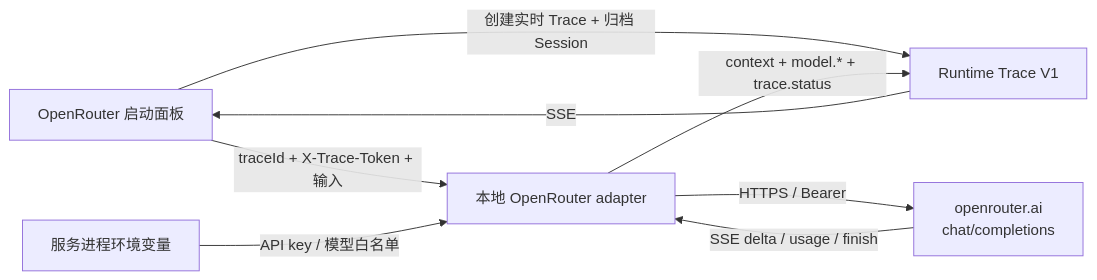
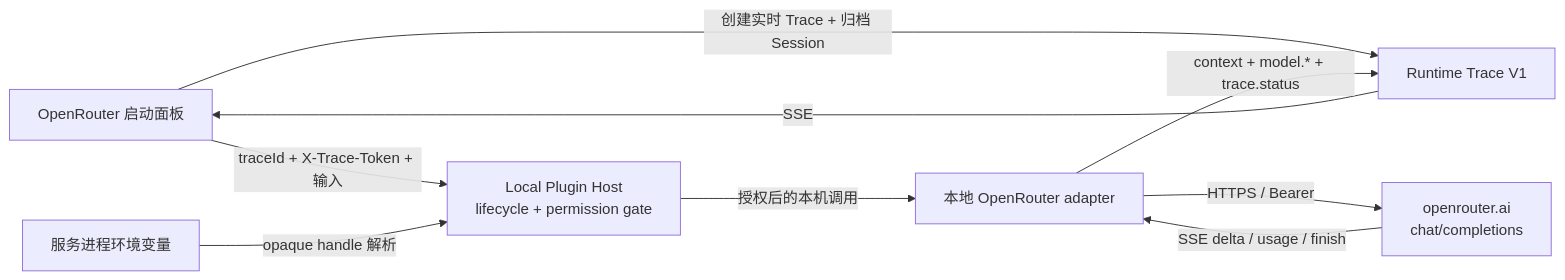
The diagram in docs/openrouter-provider-v1.md (LasVie/OpenJiuwen_Visualization), drawn with Mermaid before and after one commit. The commit also changed other lines of this file and 28 other files, not shown here.

Commit message:
feat: add local plugin host control plane

````diff
--- a/docs/openrouter-provider-v1.md
+++ b/docs/openrouter-provider-v1.md
@@ -7,10 +7,11 @@
 ```mermaid
 flowchart LR
   UI["OpenRouter 启动面板"] -->|"创建实时 Trace + 归档 Session"| Trace["Runtime Trace V1"]
-  UI -->|"traceId + X-Trace-Token + 输入"| Adapter["本地 OpenRouter adapter"]
-  Env["服务进程环境变量"] -->|"API key / 模型白名单"| Adapter
+  UI -->|"traceId + X-Trace-Token + 输入"| Host["Local Plugin Host\nlifecycle + permission gate"]
+  Env["服务进程环境变量"] -->|"opaque handle 解析"| Host
+  Host -->|"授权后的本机调用"| Adapter["本地 OpenRouter adapter"]
   Adapter -->|"HTTPS / Bearer"| OR["openrouter.ai\nchat/completions"]
   OR -->|"SSE delta / usage / finish"| Adapter
   Adapter -->|"context + model.* + trace.status"| Trace
   Trace -->|"SSE"| UI
 ```
````
